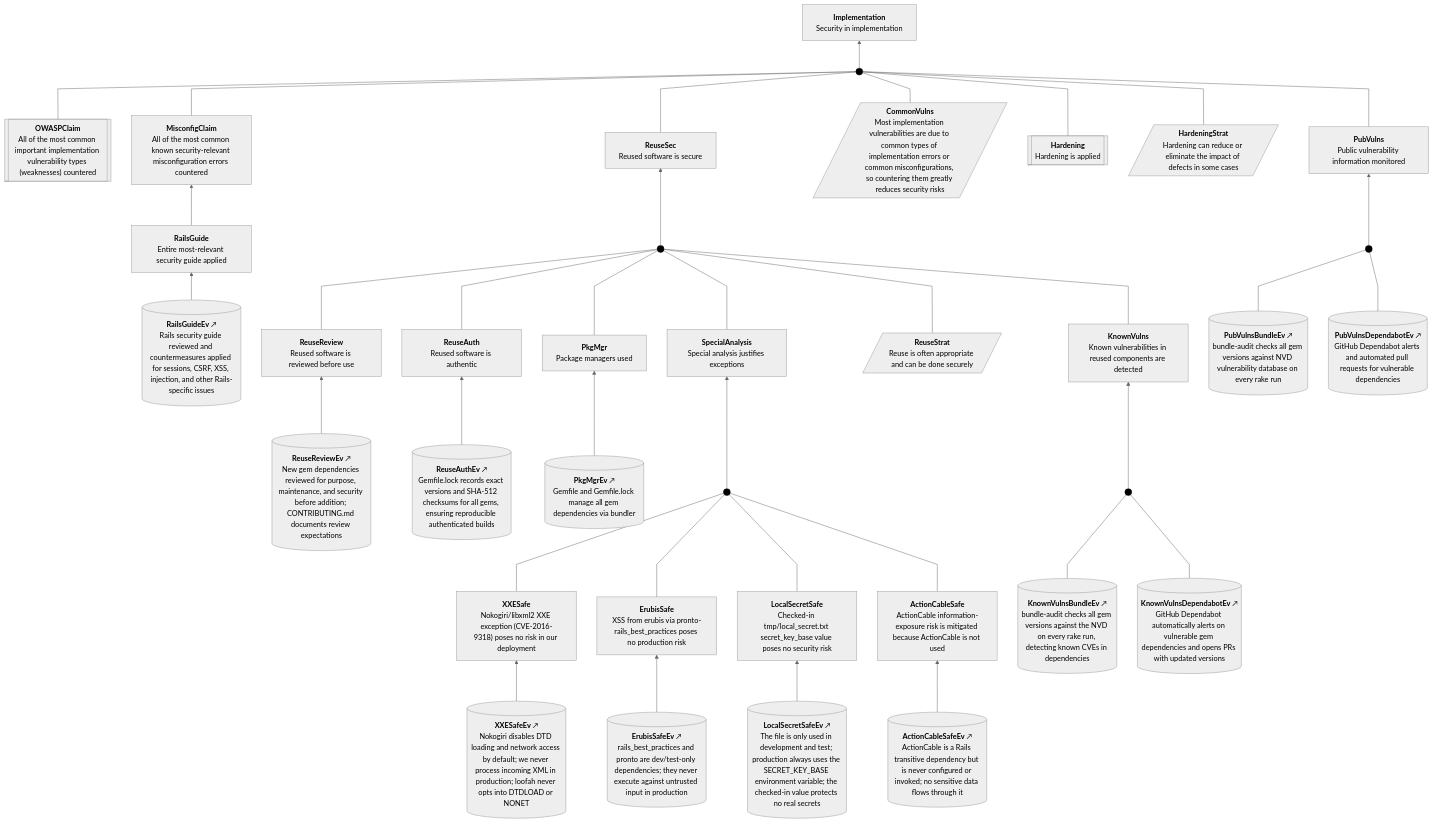
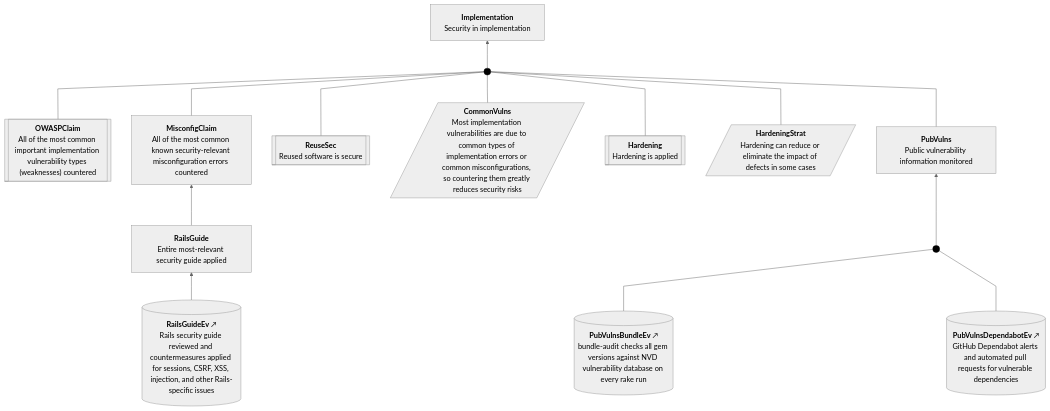
The fourth of 15 diagrams in docs/case.md (coreinfrastructure/best-practices-badge), drawn with Mermaid before and after one commit. The commit also changed other lines of this file and 1 other file, not shown here.

Commit message:
Detach ReuseSec

````diff
--- a/docs/case.md
+++ b/docs/case.md
@@ -297,102 +297,39 @@
     PubVulns["<b>PubVulns</b><br>Public vulnerability information monitored"]
     OWASPClaim[["<b>OWASPClaim</b><br>All of the most common important implementation vulnerability types (weaknesses) countered"]]
     MisconfigClaim["<b>MisconfigClaim</b><br>All of the most common known security-relevant misconfiguration errors countered"]
-    ReuseSec["<b>ReuseSec</b><br>Reused software is secure"]
+    ReuseSec[["<b>ReuseSec</b><br>Reused software is secure"]]
     Hardening[["<b>Hardening</b><br>Hardening is applied"]]
     PubVulnsBundleEv[("<b>PubVulnsBundleEv</b>&nbsp;↗<br>bundle-audit checks all gem versions against NVD vulnerability database on every rake run")]
     PubVulnsDependabotEv[("<b>PubVulnsDependabotEv</b>&nbsp;↗<br>GitHub Dependabot alerts and automated pull requests for vulnerable dependencies")]
     RailsGuide["<b>RailsGuide</b><br>Entire most-relevant security guide applied"]
-    ReuseStrat[/"<b>ReuseStrat</b><br>Reuse is often appropriate and can be done securely"/]
-    KnownVulns["<b>KnownVulns</b><br>Known vulnerabilities in reused components are detected"]
     RailsGuideEv[("<b>RailsGuideEv</b>&nbsp;↗<br>Rails security guide reviewed and countermeasures applied for sessions, CSRF, XSS, injection, and other Rails-specific issues")]
-    ReuseReview["<b>ReuseReview</b><br>Reused software is reviewed before use"]
-    ReuseAuth["<b>ReuseAuth</b><br>Reused software is authentic"]
-    PkgMgr["<b>PkgMgr</b><br>Package managers used"]
-    SpecialAnalysis["<b>SpecialAnalysis</b><br>Special analysis justifies exceptions"]
-    KnownVulnsBundleEv[("<b>KnownVulnsBundleEv</b>&nbsp;↗<br>bundle-audit checks all gem versions against the NVD on every rake run, detecting known CVEs in dependencies")]
-    KnownVulnsDependabotEv[("<b>KnownVulnsDependabotEv</b>&nbsp;↗<br>GitHub Dependabot automatically alerts on vulnerable gem dependencies and opens PRs with updated versions")]
-    ReuseReviewEv[("<b>ReuseReviewEv</b>&nbsp;↗<br>New gem dependencies reviewed for purpose, maintenance, and security before addition; CONTRIBUTING.md documents review expectations")]
-    ReuseAuthEv[("<b>ReuseAuthEv</b>&nbsp;↗<br>Gemfile.lock records exact versions and SHA-512 checksums for all gems, ensuring reproducible authenticated builds")]
-    PkgMgrEv[("<b>PkgMgrEv</b>&nbsp;↗<br>Gemfile and Gemfile.lock manage all gem dependencies via bundler")]
-    XXESafe["<b>XXESafe</b><br>Nokogiri/libxml2 XXE exception (CVE-2016-9318) poses no risk in our deployment"]
-    ErubisSafe["<b>ErubisSafe</b><br>XSS from erubis via pronto-rails_best_practices poses no production risk"]
-    LocalSecretSafe["<b>LocalSecretSafe</b><br>Checked-in tmp/local_secret.txt secret_key_base value poses no security risk"]
-    ActionCableSafe["<b>ActionCableSafe</b><br>ActionCable information-exposure risk is mitigated because ActionCable is not used"]
-    XXESafeEv[("<b>XXESafeEv</b>&nbsp;↗<br>Nokogiri disables DTD loading and network access by default; we never process incoming XML in production; loofah never opts into DTDLOAD or NONET")]
-    ErubisSafeEv[("<b>ErubisSafeEv</b>&nbsp;↗<br>rails_best_practices and pronto are dev/test-only dependencies; they never execute against untrusted input in production")]
-    LocalSecretSafeEv[("<b>LocalSecretSafeEv</b>&nbsp;↗<br>The file is only used in development and test; production always uses the SECRET_KEY_BASE environment variable; the checked-in value protects no real secrets")]
-    ActionCableSafeEv[("<b>ActionCableSafeEv</b>&nbsp;↗<br>ActionCable is a Rails transitive dependency but is never configured or invoked; no sensitive data flows through it")]
     Dot1((" ")):::sacmDot
     Dot2((" ")):::sacmDot
-    Dot3((" ")):::sacmDot
-    Dot4((" ")):::sacmDot
-    Dot5((" ")):::sacmDot
     click Implementation "#claim-implementation"
     click CommonVulns "#strategy-commonvulns"
     click HardeningStrat "#strategy-hardeningstrat"
     click PubVulns "#claim-pubvulns"
     click OWASPClaim "#package-owaspclaim"
     click MisconfigClaim "#claim-misconfigclaim"
-    click ReuseSec "#claim-reusesec"
+    click ReuseSec "#package-reusesec"
     click Hardening "#package-hardening"
     click PubVulnsBundleEv "#evidence-pubvulnsbundleev"
     click PubVulnsDependabotEv "#evidence-pubvulnsdependabotev"
     click RailsGuide "#claim-railsguide"
-    click ReuseStrat "#strategy-reusestrat"
-    click KnownVulns "#claim-knownvulns"
     click RailsGuideEv "#evidence-railsguideev"
-    click ReuseReview "#claim-reusereview"
-    click ReuseAuth "#claim-reuseauth"
-    click PkgMgr "#claim-pkgmgr"
-    click SpecialAnalysis "#claim-specialanalysis"
-    click KnownVulnsBundleEv "#evidence-knownvulnsbundleev"
-    click KnownVulnsDependabotEv "#evidence-knownvulnsdependabotev"
-    click ReuseReviewEv "#evidence-reusereviewev"
-    click ReuseAuthEv "#evidence-reuseauthev"
-    click PkgMgrEv "#evidence-pkgmgrev"
-    click XXESafe "#claim-xxesafe"
-    click ErubisSafe "#claim-erubissafe"
-    click LocalSecretSafe "#claim-localsecretsafe"
-    click ActionCableSafe "#claim-actioncablesafe"
-    click XXESafeEv "#evidence-xxesafeev"
-    click ErubisSafeEv "#evidence-erubissafeev"
-    click LocalSecretSafeEv "#evidence-localsecretsafeev"
-    click ActionCableSafeEv "#evidence-actioncablesafeev"
 
     BottomPadding[ ]:::invisible ~~~ OWASPClaim
     RailsGuideEv --> RailsGuide
     RailsGuide --> MisconfigClaim
-    ReuseReviewEv --> ReuseReview
-    ReuseAuthEv --> ReuseAuth
-    PkgMgrEv --> PkgMgr
-    XXESafeEv --> XXESafe
-    ErubisSafeEv --> ErubisSafe
-    LocalSecretSafeEv --> LocalSecretSafe
-    ActionCableSafeEv --> ActionCableSafe
-    XXESafe --- Dot1
-    ErubisSafe --- Dot1
-    LocalSecretSafe --- Dot1
-    ActionCableSafe --- Dot1
-    Dot1 --> SpecialAnalysis
-    KnownVulnsBundleEv --- Dot2
-    KnownVulnsDependabotEv --- Dot2
-    Dot2 --> KnownVulns
-    ReuseReview --- Dot3
-    ReuseAuth --- Dot3
-    PkgMgr --- Dot3
-    SpecialAnalysis --- Dot3
-    ReuseStrat --- Dot3
-    KnownVulns --- Dot3
-    Dot3 --> ReuseSec
-    PubVulnsBundleEv --- Dot4
-    PubVulnsDependabotEv --- Dot4
-    Dot4 --> PubVulns
-    OWASPClaim --- Dot5
-    MisconfigClaim --- Dot5
-    ReuseSec --- Dot5
-    CommonVulns --- Dot5
-    Hardening --- Dot5
-    HardeningStrat --- Dot5
-    PubVulns --- Dot5
-    Dot5 --> Implementation
+    PubVulnsBundleEv --- Dot1
+    PubVulnsDependabotEv --- Dot1
+    Dot1 --> PubVulns
+    OWASPClaim --- Dot2
+    MisconfigClaim --- Dot2
+    ReuseSec --- Dot2
+    CommonVulns --- Dot2
+    Hardening --- Dot2
+    HardeningStrat --- Dot2
+    PubVulns --- Dot2
+    Dot2 --> Implementation
 ```
````
